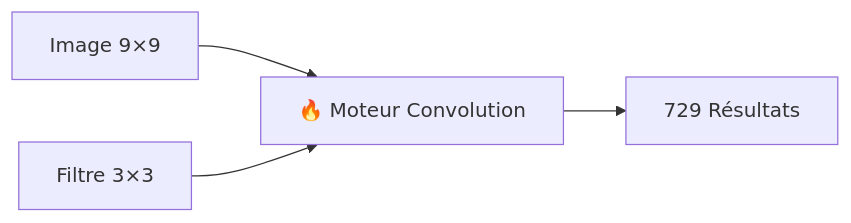
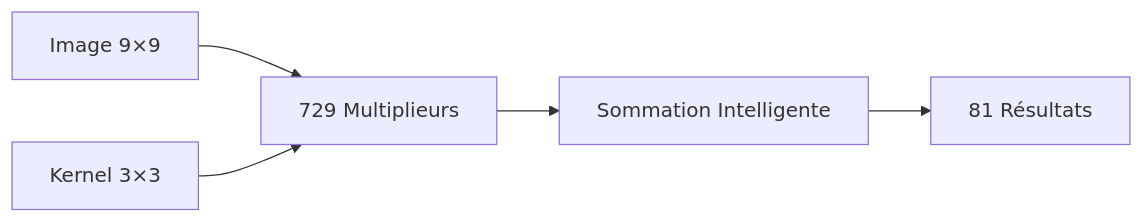
The first of 7 diagrams in src/tensor/README_FR.md (jalcim/logilib), drawn with Mermaid before and after one commit. The commit also changed other lines of this file and 1 other file, not shown here.

Commit message:
litle mermaid

````diff
--- a/src/tensor/README_FR.md
+++ b/src/tensor/README_FR.md
@@ -12,7 +21,7 @@
 ```mermaid
 graph LR
-    A[Image 9×9] --> B[🔥 Moteur Convolution]
-    C[Filtre 3×3] --> B
-    B --> D[729 Résultats]
-
+    A[Image 9×9] --> B[729 Multiplieurs]
+    C[Kernel 3×3] --> B
+    B --> D[Sommation Intelligente]
+    D --> E[81 Résultats]
 ```
````
